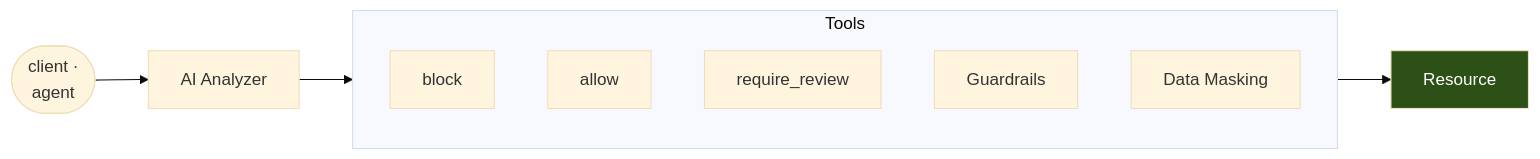
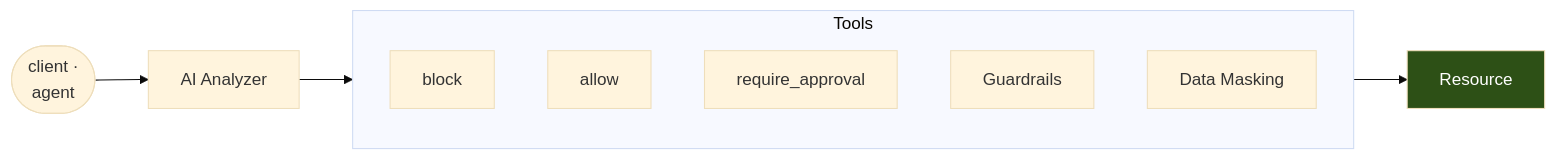
The diagram in features/agentic-access.mdx (hoophq/documentation), drawn with Mermaid (base theme) before and after one commit. The commit also changed other lines of this file and 22 other files, not shown here.

First line of the commit message:
DES-228: docs: rename review to approval, with the earlier names as aliases

````diff
--- a/features/agentic-access.mdx
+++ b/features/agentic-access.mdx
@@ -10,18 +10,18 @@
 ```mermaid
 flowchart LR
     C(["client ·<br/>agent"]) --> AI["AI Analyzer"]
 
     subgraph TOOLS["Tools"]
       direction TB
       BLK["block"]
       ALW["allow"]
-      RVW["require_review"]
+      RVW["require_approval"]
       GR["Guardrails"]
       DM["Data Masking"]
     end
 
     AI --> TOOLS
     TOOLS --> R["Resource"]
 
     style R fill:#2d5016,color:#fff
 ```
````
